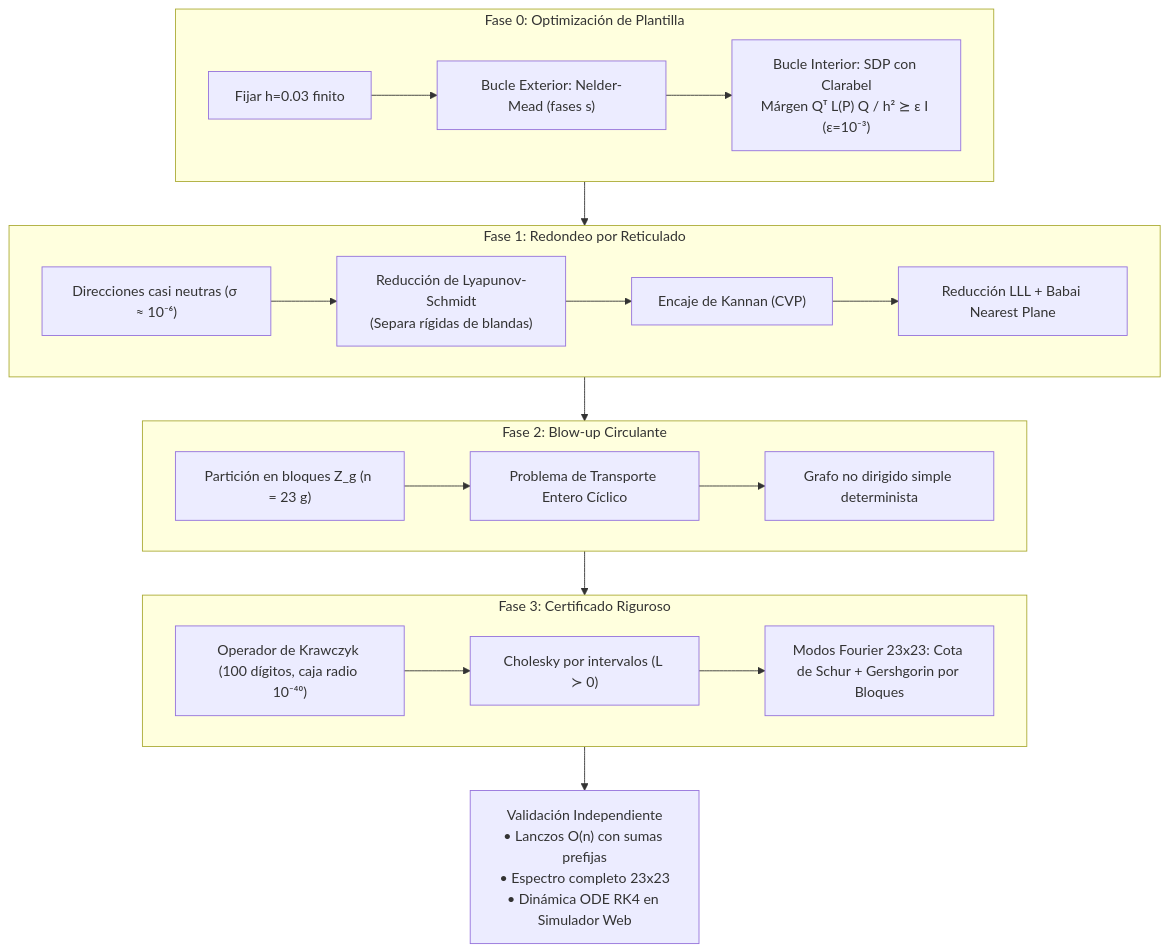
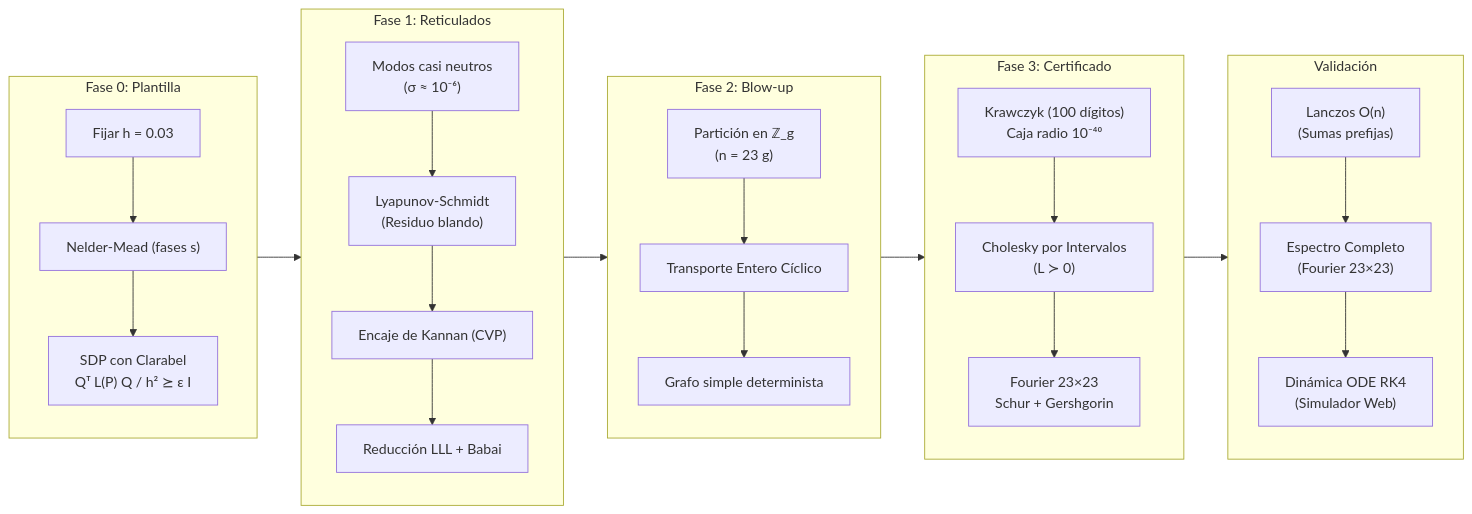
Before and after one commit to Nicoyanz98/investighaton-teo-optimizacion-2026: the diagram in README.md, drawn with Mermaid. The commit also changed other lines of this file, not shown here.

Commit message:
docs: reorganizar diagrama de metodologia en flujo horizontal

````diff
--- a/README.md
+++ b/README.md
@@ -62,28 +61,45 @@
 ```mermaid
-flowchart TD
-    subgraph Fase0["Fase 0: Optimización de Plantilla"]
-        A["Fijar h=0.03 finito"] --> B["Bucle Exterior: Nelder-Mead (fases s)"]
-        B --> C["Bucle Interior: SDP con Clarabel\nMárgen Qᵀ L(P) Q / h² ⪰ ε I (ε=10⁻³)"]
+flowchart LR
+    subgraph Fase0["Fase 0: Plantilla"]
+        direction TB
+        A["Fijar h = 0.03"]
+        B["Nelder-Mead (fases s)"]
+        C["SDP con Clarabel<br/>Qᵀ L(P) Q / h² ⪰ ε I"]
+        A --> B --> C
     end
 
-    subgraph Fase1["Fase 1: Redondeo por Reticulado"]
-        D["Direcciones casi neutras (σ ≈ 10⁻⁶)"] --> E["Reducción de Lyapunov-Schmidt\n(Separa rígidas de blandas)"]
-        E --> F["Encaje de Kannan (CVP)"]
-        F --> G["Reducción LLL + Babai Nearest Plane"]
+    subgraph Fase1["Fase 1: Reticulados"]
+        direction TB
+        D["Modos casi neutros<br/>(σ ≈ 10⁻⁶)"]
+        E["Lyapunov-Schmidt<br/>(Residuo blando)"]
+        F["Encaje de Kannan (CVP)"]
+        G["Reducción LLL + Babai"]
+        D --> E --> F --> G
     end
 
-    subgraph Fase2["Fase 2: Blow-up Circulante"]
-        H["Partición en bloques Z_g (n = 23 g)"] --> I["Problema de Transporte Entero Cíclico"]
-        I --> J["Grafo no dirigido simple determinista"]
+    subgraph Fase2["Fase 2: Blow-up"]
+        direction TB
+        H["Partición en ℤ_g<br/>(n = 23 g)"]
+        I["Transporte Entero Cíclico"]
+        J["Grafo simple determinista"]
+        H --> I --> J
     end
 
-    subgraph Fase3["Fase 3: Certificado Riguroso"]
-        K["Operador de Krawczyk (100 dígitos, caja radio 10⁻⁴⁰)"] --> L["Cholesky por intervalos (L ≻ 0)"]
-        L --> M["Modos Fourier 23x23: Cota de Schur + Gershgorin por Bloques"]
+    subgraph Fase3["Fase 3: Certificado"]
+        direction TB
+        K["Krawczyk (100 dígitos)<br/>Caja radio 10⁻⁴⁰"]
+        L["Cholesky por Intervalos<br/>(L ≻ 0)"]
+        M["Fourier 23×23<br/>Schur + Gershgorin"]
+        K --> L --> M
     end
 
-    Fase0 --> Fase1
-    Fase1 --> Fase2
-    Fase2 --> Fase3
-    Fase3 --> Val["Validación Independiente\n• Lanczos O(n) con sumas prefijas\n• Espectro completo 23x23\n• Dinámica ODE RK4 en Simulador Web"]
+    subgraph Val["Validación"]
+        direction TB
+        N["Lanczos O(n)<br/>(Sumas prefijas)"]
+        O["Espectro Completo<br/>(Fourier 23×23)"]
+        P["Dinámica ODE RK4<br/>(Simulador Web)"]
+        N --> O --> P
+    end
+
+    Fase0 --> Fase1 --> Fase2 --> Fase3 --> Val
 ```
````
